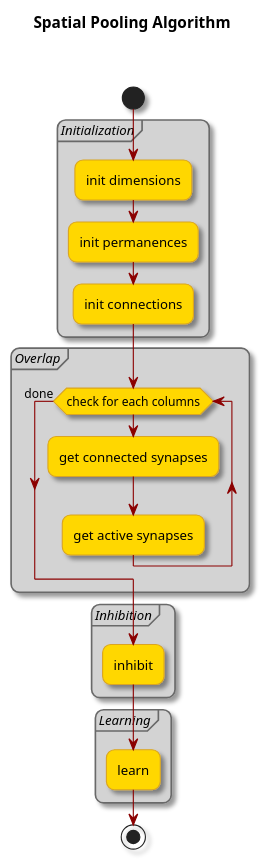
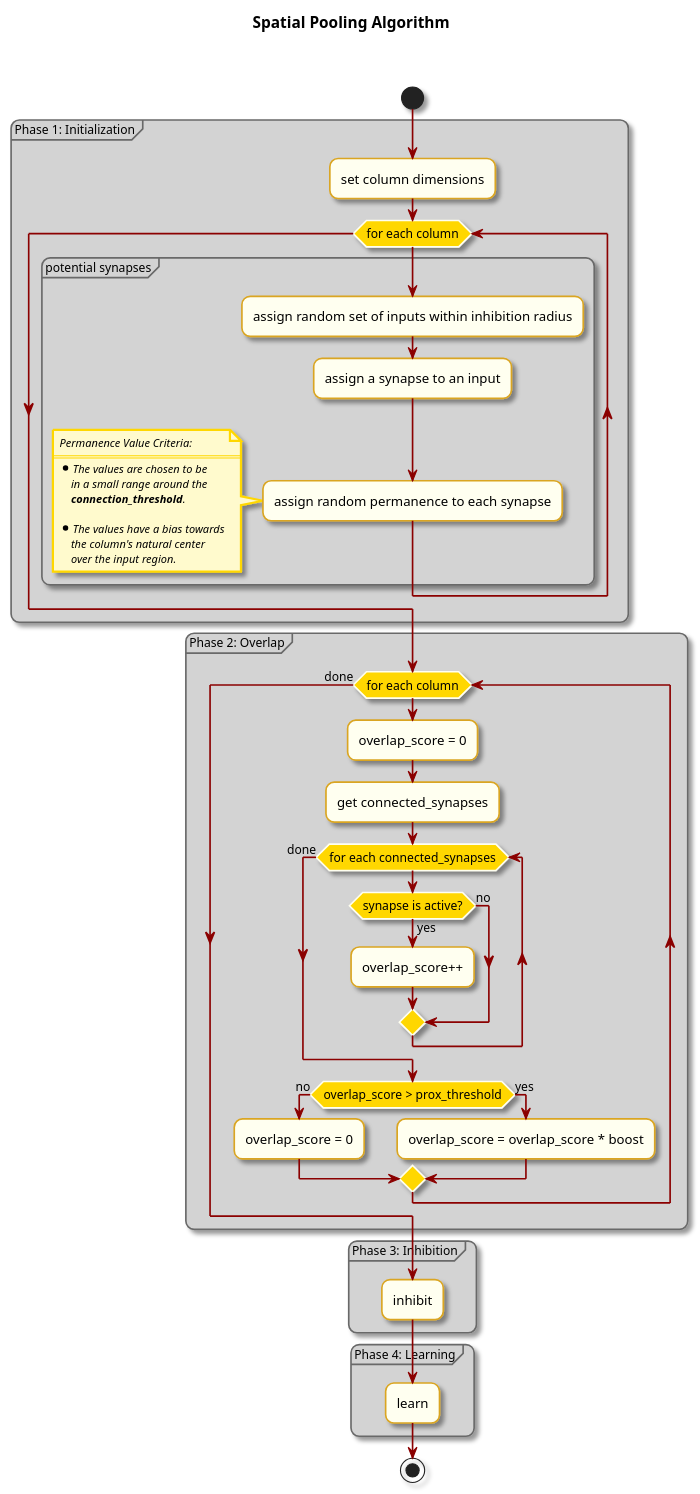
Before and after one commit to mrkrynmdsco/htm-python: the diagram in _assets/activity_spatial_pooler.puml, drawn with PlantUML.

Commit message:
Added SP initialization activity

```diff
--- a/_assets/activity_spatial_pooler.puml
+++ b/_assets/activity_spatial_pooler.puml
@@ -1,49 +1,84 @@
 @startuml spatial_pooler
 skinparam {
     shadowing true
-    handwritten false
     titleFontStyle bold
     roundCorner 15
-    partitionFontSize 12
-    partitionFontStyle italic
+    partitionFontSize 11
+    partitionFontColor Black
+    partitionFontStyle plain
     partitionBorderColor DimGray
     partitionBackgroundColor LightGray
+    partitionBorderThickness 1
+    noteFontSize 10
+    noteFontStyle italic
+    noteBorderColor Gold
+    noteBorderThickness 2
+    noteBackgroundColor LemonChiffon
 }
 skinparam activity {
     arrowColor DarkRed
     borderColor GoldenRod
-    borderThickness 1
-    backgroundColor Gold
+    borderThickness 1.5
+    backgroundColor Ivory
 
-    diamondBorderColor GoldenRod
-    diamondBorderThickness 1
+    diamondBorderColor Ivory
     diamondBackgroundColor Gold
 }
 
 title Spatial Pooling Algorithm\n\n
 
 start
 
-partition Initialization {
-    :init dimensions;
-    :init permanences;
-    :init connections;
+partition "Phase 1: Initialization" {
+    :set column dimensions;
+    while (for each column)
+        partition "potential synapses" {
+            :assign random set of inputs within inhibition radius;
+            :assign a synapse to an input;
+            :assign random permanence to each synapse;
+            note left
+                Permanence Value Criteria:
+                ====
+                * The values are chosen to be
+                    in a small range around the
+                    **connection_threshold**.
+
+                * The values have a bias towards
+                    the column's natural center
+                    over the input region.
+            end note
+        }
+    endwhile
 }
 
-partition Overlap {
-    while (check for each columns)
-        :get connected synapses;
-        :get active synapses;
+partition "Phase 2: Overlap" {
+    while (for each column)
+        :overlap_score = 0;
+        :get connected_synapses;
+
+        while (for each connected_synapses)
+            if (synapse is active?) then (yes)
+                :overlap_score++;
+            else (no)
+            endif
+        endwhile (done)
+
+        if (overlap_score > prox_threshold) then (no)
+            :overlap_score = 0;
+        else (yes)
+            :overlap_score = overlap_score * boost;
+        endif
+
     endwhile (done)
 }
 
-partition Inhibition {
+partition "Phase 3: Inhibition" {
     :inhibit;
 }
 
-partition Learning {
+partition "Phase 4: Learning" {
     :learn;
 }
 
 stop
 @enduml
```
